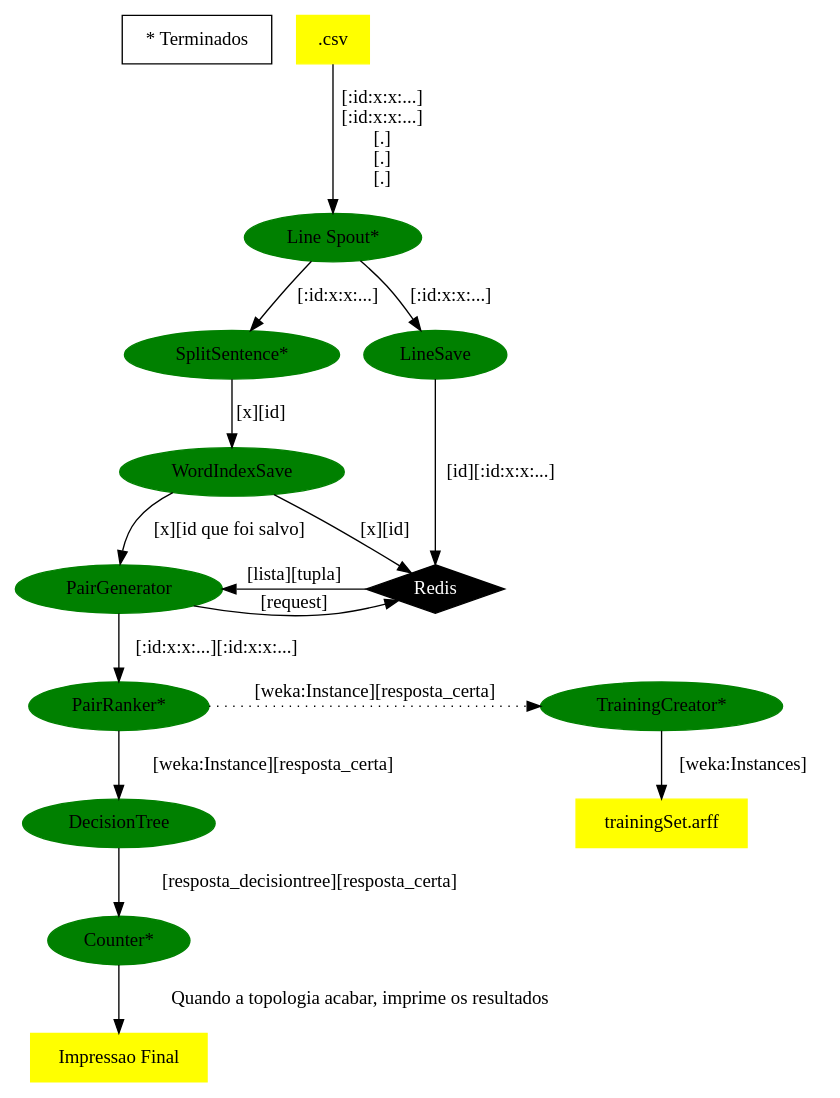
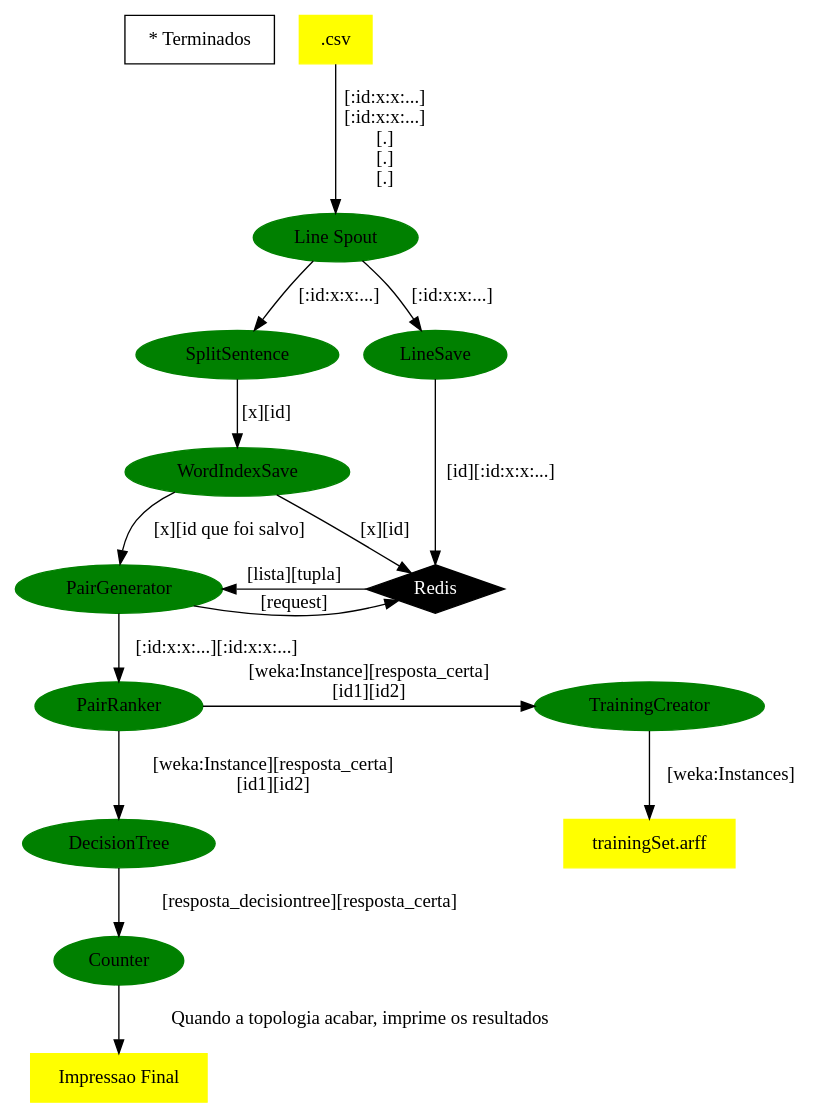
Before and after one commit to luanfelixpimentel/storminho: the diagram in info/whats_going_on.dot, drawn with Graphviz. The commit also changed 11 other files, not shown here.

Commit message:
Nada de produtivo. O TrainingCreator não tá fazendo o que deveria

```diff
--- a/info/whats_going_on.dot
+++ b/info/whats_going_on.dot
@@ -1,64 +1,63 @@
 digraph projeto_topology {
     node [style="filled"]
     comments [shape="box" fillcolor="white" label="* Terminados"]
 
     //files
     {
         node [shape="box" color="yellow"]
         csv [label=".csv"]
         impressaofinal [label="Impressao Final"]
         trainingset [label="trainingSet.arff"]
     }
     //spouts and bolts
     {
         node [shape="ellipse" color="green"]
-        linespout [label="Line Spout*", comment="teste"]
-        splitsentence [label="SplitSentence*"]
+        linespout [label="Line Spout", comment="teste"]
+        splitsentence [label="SplitSentence"]
         linesave [label="LineSave"]
         wordindexsave [label="WordIndexSave"]
-        pairranker [label="PairRanker*"]
+        pairranker [label="PairRanker"]
         pairgenerator [label="PairGenerator"]
         decisiontree [label="DecisionTree"]
-        counter [label="Counter*"]
-        trainingcreator [label="TrainingCreator*"]
+        counter [label="Counter"]
+        trainingcreator [label="TrainingCreator"]
     }
     //programas
     {
         node [shape="trapezium" color="orange"]
     }
 
     //outros
     {
         node [shape="diamond" color="black" fontcolor="white"]
         redis [label="Redis"]
     }
 
     //ligações
     {
         csv -> linespout [label="[:id:x:x:...]\n[:id:x:x:...]\n[.]\n[.]\n[.]"]
         linespout -> splitsentence [label="[:id:x:x:...]"]
         linespout -> linesave [label="[:id:x:x:...]"]
         linesave -> redis [label="[id][:id:x:x:...]"]
         splitsentence -> wordindexsave [label="[x][id]"]
         wordindexsave -> redis[label="[x][id]"]
         wordindexsave -> pairgenerator [label="[x][id que foi salvo]"]
         pairgenerator -> redis [label="[request]"]
         redis -> pairgenerator [label="[lista][tupla]"]
         pairgenerator -> pairranker [label="[:id:x:x:...][:id:x:x:...]"]
-        pairranker -> decisiontree [label="[weka:Instance][resposta_certa]"]
-        pairranker -> trainingcreator [label="[weka:Instance][resposta_certa]" style="dotted"]
+        pairranker -> {trainingcreator decisiontree} [label="[weka:Instance][resposta_certa]\n[id1][id2]"]
         trainingcreator -> trainingset [label="[weka:Instances]"]
         decisiontree -> counter [label="[resposta_decisiontree][resposta_certa]"]
         counter -> impressaofinal [label="Quando a topologia acabar, imprime os resultados"]
 
     }
 
     //ranks (posições)
     {
         {rank=same; splitsentence linesave}
         {rank=same; pairgenerator redis}
         {rank=same; pairranker trainingcreator}
 
 
     }
 }
```
